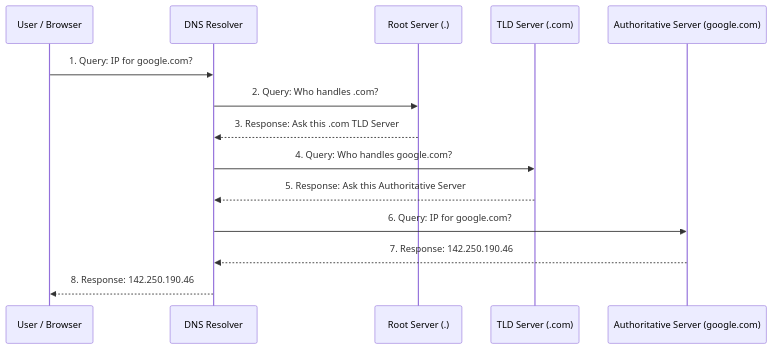
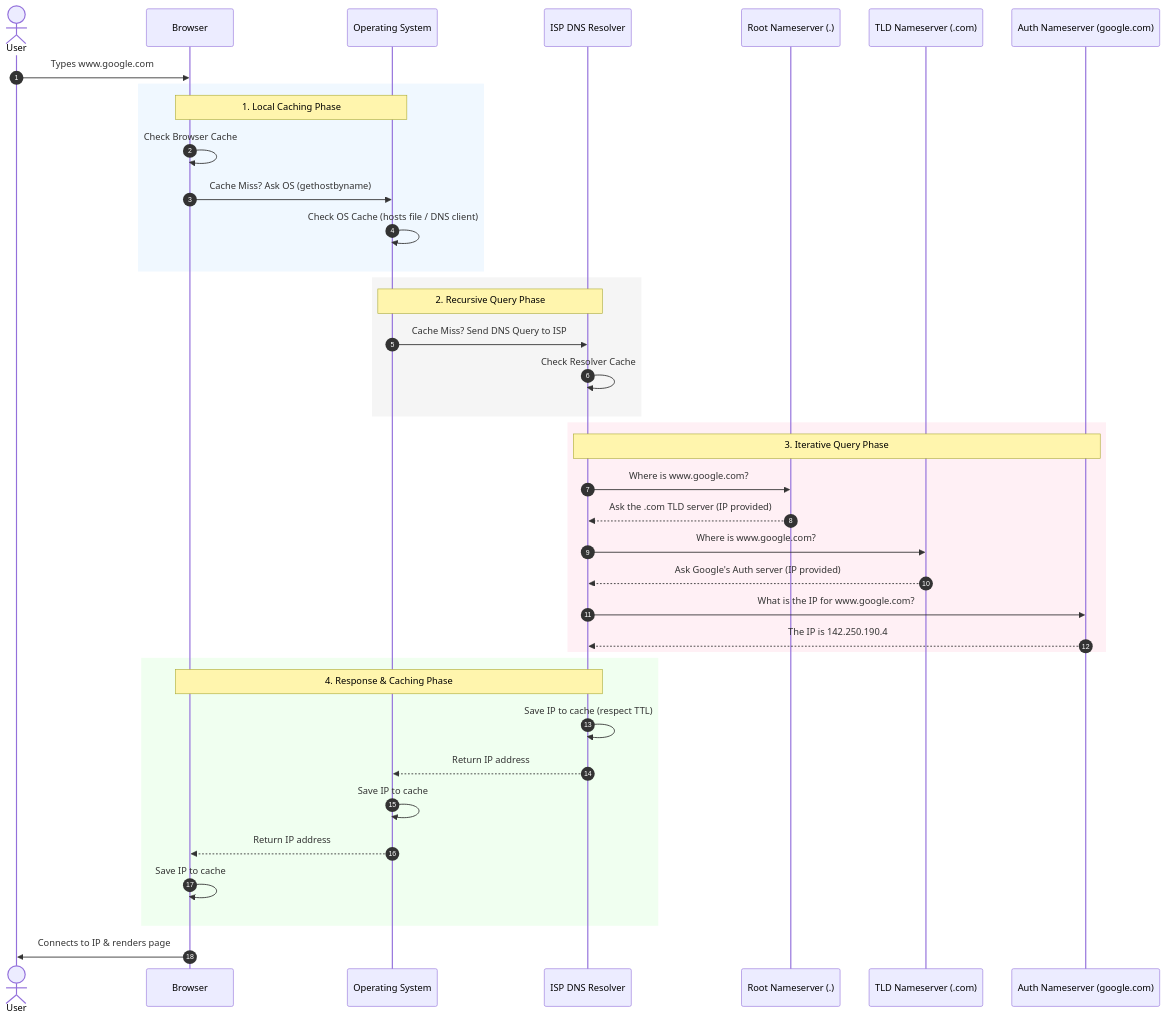
The second of 2 diagrams in content/2026-02-26-DNS.md (raushank007/traking-learning), drawn with Mermaid before and after one commit. The commit also changed other lines of this file and 8 other files, not shown here.

````diff
--- a/content/2026-02-26-DNS.md
+++ b/content/2026-02-26-DNS.md
@@ -34,17 +39,49 @@
 ```mermaid
 sequenceDiagram
-    participant User as User / Browser
-    participant Resolver as DNS Resolver
-    participant Root as Root Server (.)
-    participant TLD as TLD Server (.com)
-    participant Auth as Authoritative Server (google.com)
+    autonumber
+    actor U as User
+    participant B as Browser
+    participant OS as Operating System
+    participant Res as ISP DNS Resolver
+    participant Root as Root Nameserver (.)
+    participant TLD as TLD Nameserver (.com)
+    participant Auth as Auth Nameserver (google.com)
 
-    User->>Resolver: 1. Query: IP for google.com?
-    Resolver->>Root: 2. Query: Who handles .com?
-    Root-->>Resolver: 3. Response: Ask this .com TLD Server
-    Resolver->>TLD: 4. Query: Who handles google.com?
-    TLD-->>Resolver: 5. Response: Ask this Authoritative Server
-    Resolver->>Auth: 6. Query: IP for google.com?
-    Auth-->>Resolver: 7. Response: 142.250.190.46
-    Resolver-->>User: 8. Response: 142.250.190.46
+    U->>B: Types www.google.com
+
+    rect rgb(240, 248, 255)
+        Note over B, OS: 1. Local Caching Phase
+        B->>B: Check Browser Cache
+        B->>OS: Cache Miss? Ask OS (gethostbyname)
+        OS->>OS: Check OS Cache (hosts file / DNS client)
+    end
+
+    rect rgb(245, 245, 245)
+        Note over OS, Res: 2. Recursive Query Phase
+        OS->>Res: Cache Miss? Send DNS Query to ISP
+        Res->>Res: Check Resolver Cache
+    end
+
+    rect rgb(255, 240, 245)
+        Note over Res, Auth: 3. Iterative Query Phase
+        Res->>Root: Where is www.google.com?
+        Root-->>Res: Ask the .com TLD server (IP provided)
+
+        Res->>TLD: Where is www.google.com?
+        TLD-->>Res: Ask Google's Auth server (IP provided)
+
+        Res->>Auth: What is the IP for www.google.com?
+        Auth-->>Res: The IP is 142.250.190.4
+    end
+
+    rect rgb(240, 255, 240)
+        Note over B, Res: 4. Response & Caching Phase
+        Res->>Res: Save IP to cache (respect TTL)
+        Res-->>OS: Return IP address
+        OS->>OS: Save IP to cache
+        OS-->>B: Return IP address
+        B->>B: Save IP to cache
+    end
+
+    B->>U: Connects to IP & renders page
 ```
````
